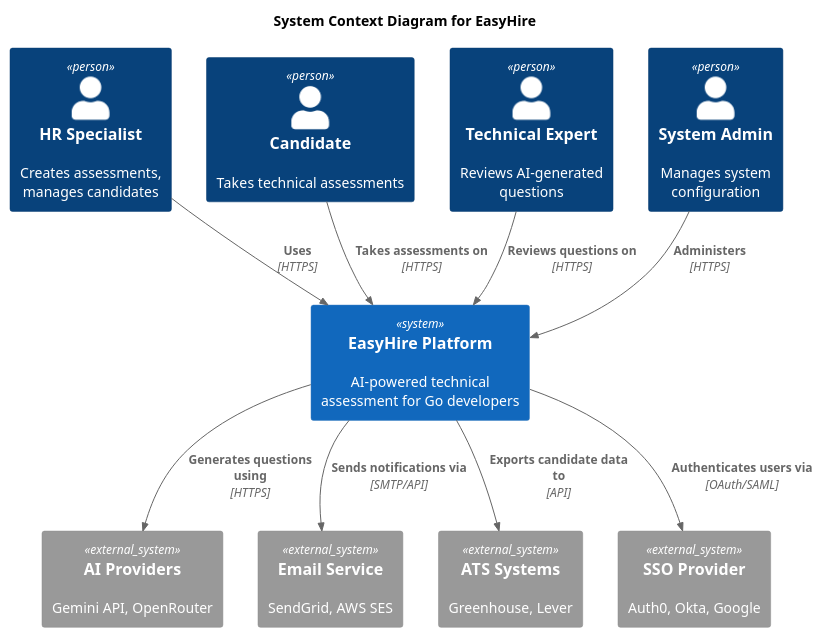
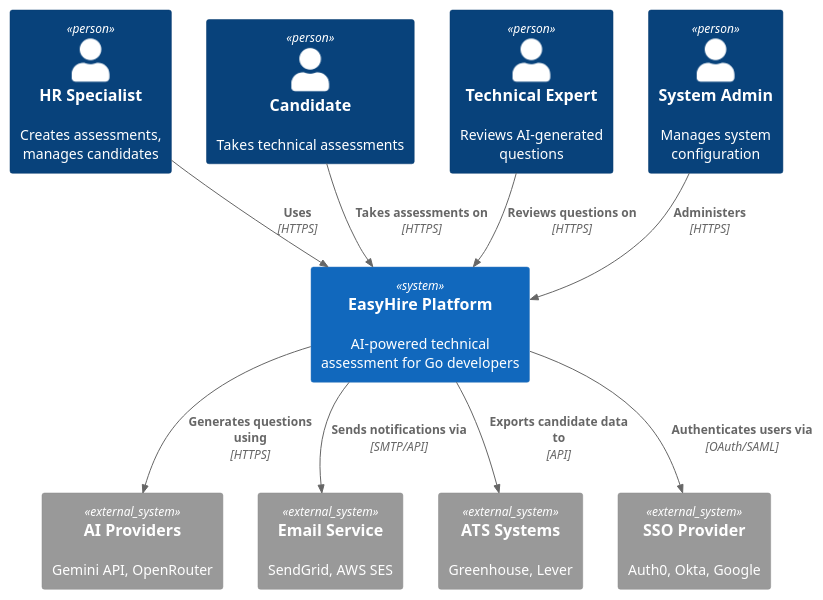
Before and after one commit to dmsus/easyHire: the diagram in docs/architecture/diagrams/level1-context.puml, drawn with PlantUML. The commit also changed 4 other files, not shown here.

```diff
--- a/docs/architecture/diagrams/level1-context.puml
+++ b/docs/architecture/diagrams/level1-context.puml
@@ -1,28 +1,26 @@
-@startuml
-!include https://raw.githubusercontent.com/plantuml-stdlib/C4-PlantUML/master/C4_Context.puml
-
-title System Context Diagram for EasyHire
+@startuml c4_level1
+!includeurl https://raw.githubusercontent.com/plantuml-stdlib/C4-PlantUML/master/C4_Context.puml
 
 Person(hr, "HR Specialist", "Creates assessments, manages candidates")
 Person(candidate, "Candidate", "Takes technical assessments")
 Person(tech_expert, "Technical Expert", "Reviews AI-generated questions")
 Person(admin, "System Admin", "Manages system configuration")
 
 System(easyhire, "EasyHire Platform", "AI-powered technical assessment for Go developers")
 
 System_Ext(ai_providers, "AI Providers", "Gemini API, OpenRouter")
 System_Ext(email, "Email Service", "SendGrid, AWS SES")
 System_Ext(ats, "ATS Systems", "Greenhouse, Lever")
 System_Ext(sso, "SSO Provider", "Auth0, Okta, Google")
 
 Rel(hr, easyhire, "Uses", "HTTPS")
 Rel(candidate, easyhire, "Takes assessments on", "HTTPS")
 Rel(tech_expert, easyhire, "Reviews questions on", "HTTPS")
 Rel(admin, easyhire, "Administers", "HTTPS")
 
 Rel(easyhire, ai_providers, "Generates questions using", "HTTPS")
 Rel(easyhire, email, "Sends notifications via", "SMTP/API")
 Rel(easyhire, ats, "Exports candidate data to", "API")
 Rel(easyhire, sso, "Authenticates users via", "OAuth/SAML")
 
 @enduml
```
